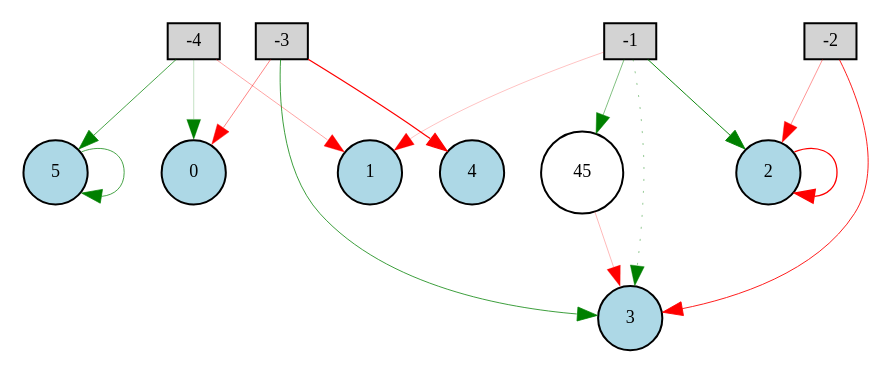
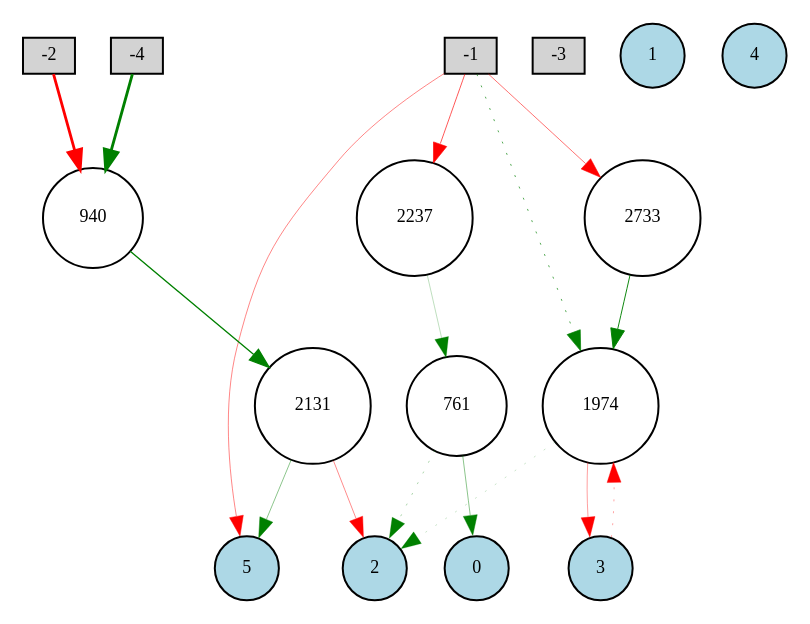
One commit to lucasvillatore/neat-atari-games changed the diagram in src/Digraph.gv. Above: the diagram before and after it, drawn with Graphviz. The commit also changed 3 other files, not shown here.

```diff
--- a/src/Digraph.gv
+++ b/src/Digraph.gv
@@ -1,29 +1,35 @@
 digraph {
 	node [fontsize=9 height=0.2 shape=circle width=0.2]
 	-1 [fillcolor=lightgray shape=box style=filled]
 	-2 [fillcolor=lightgray shape=box style=filled]
 	-3 [fillcolor=lightgray shape=box style=filled]
 	-4 [fillcolor=lightgray shape=box style=filled]
 	0 [fillcolor=lightblue style=filled]
 	1 [fillcolor=lightblue style=filled]
 	2 [fillcolor=lightblue style=filled]
 	3 [fillcolor=lightblue style=filled]
 	4 [fillcolor=lightblue style=filled]
 	5 [fillcolor=lightblue style=filled]
-	45 [fillcolor=white style=filled]
-	-1 -> 1 [color=red penwidth=0.11575522811729416 style=solid]
-	-2 -> 3 [color=red penwidth=0.43530257770649894 style=solid]
-	-3 -> 4 [color=red penwidth=0.6194482579877975 style=solid]
-	5 -> 5 [color=green penwidth=0.3627562923331906 style=solid]
-	-3 -> 3 [color=green penwidth=0.37640057811608396 style=solid]
-	-3 -> 0 [color=red penwidth=0.2398784661724016 style=solid]
-	2 -> 2 [color=red penwidth=0.650624763678276 style=solid]
-	-2 -> 2 [color=red penwidth=0.21151582243424494 style=solid]
-	-4 -> 1 [color=red penwidth=0.17747828838220975 style=solid]
-	-4 -> 0 [color=green penwidth=0.11876964202847456 style=solid]
-	-1 -> 2 [color=green penwidth=0.46619147955067985 style=solid]
-	-4 -> 5 [color=green penwidth=0.3638540515876528 style=solid]
-	-1 -> 3 [color=green penwidth=0.21084097125533063 style=dotted]
-	-1 -> 45 [color=green penwidth=0.24517664045137155 style=solid]
-	45 -> 3 [color=red penwidth=0.14423102965723447 style=solid]
+	761 [fillcolor=white style=filled]
+	940 [fillcolor=white style=filled]
+	1974 [fillcolor=white style=filled]
+	2131 [fillcolor=white style=filled]
+	2237 [fillcolor=white style=filled]
+	2733 [fillcolor=white style=filled]
+	761 -> 2 [color=green penwidth=0.1739445596724088 style=dotted]
+	-4 -> 940 [color=green penwidth=1.431233429926019 style=solid]
+	-2 -> 940 [color=red penwidth=1.402241365156577 style=solid]
+	-1 -> 1974 [color=green penwidth=0.34403348255823085 style=dotted]
+	940 -> 2131 [color=green penwidth=0.6701545351937358 style=solid]
+	2131 -> 5 [color=green penwidth=0.2268310132476855 style=solid]
+	3 -> 1974 [color=red penwidth=0.17961108913825885 style=dotted]
+	-1 -> 2237 [color=red penwidth=0.33122368865640195 style=solid]
+	2237 -> 761 [color=green penwidth=0.12663602171625118 style=solid]
+	2131 -> 2 [color=red penwidth=0.23245828362727036 style=solid]
+	1974 -> 2 [color=green penwidth=0.11117041879348784 style=dotted]
+	-1 -> 5 [color=red penwidth=0.23722995290331395 style=solid]
+	761 -> 0 [color=green penwidth=0.2264342581656587 style=solid]
+	-1 -> 2733 [color=red penwidth=0.28195132881378837 style=solid]
+	2733 -> 1974 [color=green penwidth=0.4704606216445545 style=solid]
+	1974 -> 3 [color=red penwidth=0.18656621803497997 style=solid]
 }
```
